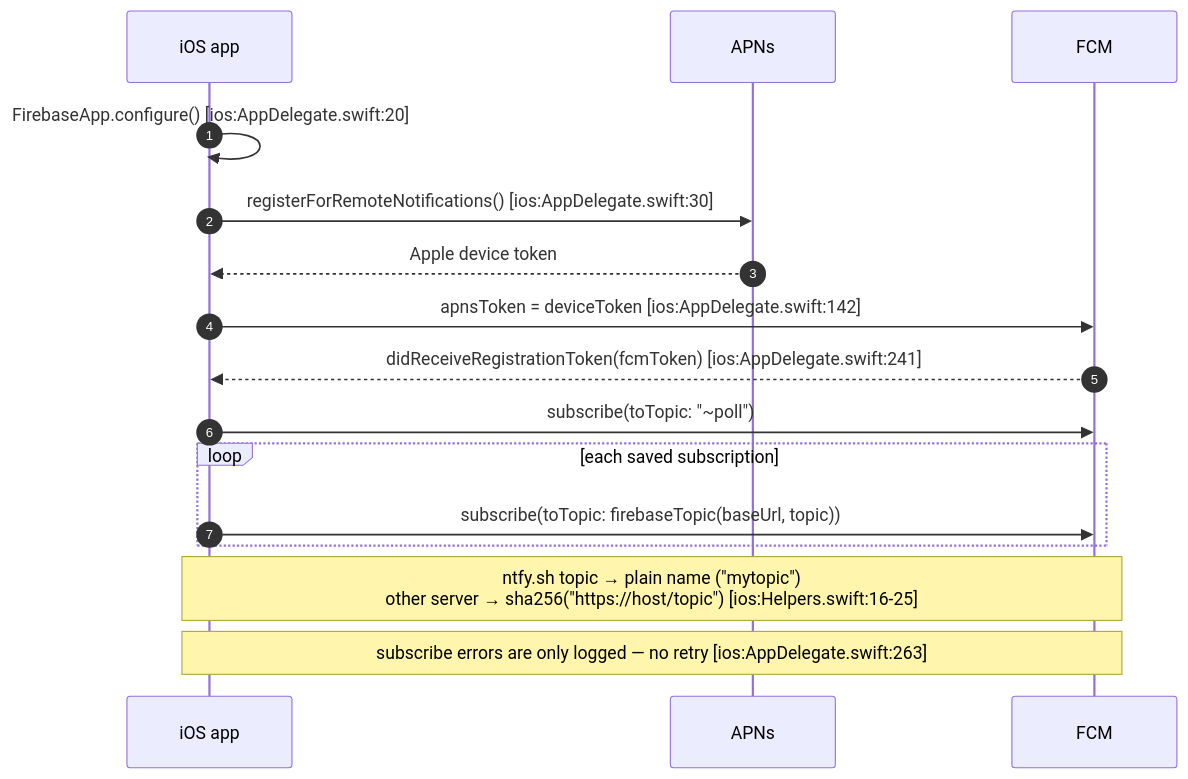
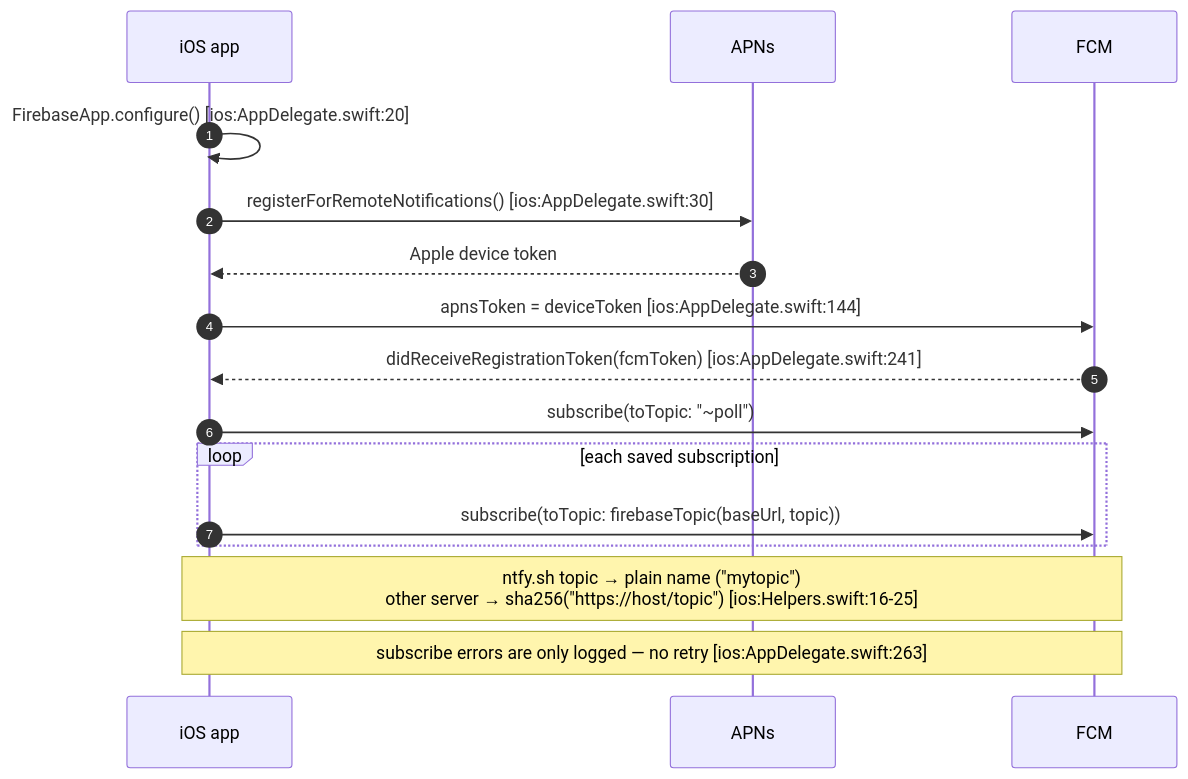
Before and after one commit to mbyrn1/ntfy-ios: the first of 4 diagrams in docs/dev/architecture.md, drawn with Mermaid. The commit also changed other lines of this file and 3 other files, not shown here.

````diff
--- a/docs/dev/architecture.md
+++ b/docs/dev/architecture.md
@@ -26,18 +26,18 @@
 ```mermaid
 sequenceDiagram
     autonumber
     participant App as iOS app
     participant APNs
     participant FCM
     App->>App: FirebaseApp.configure() [ios:AppDelegate.swift:20]
     App->>APNs: registerForRemoteNotifications() [ios:AppDelegate.swift:30]
     APNs-->>App: Apple device token
-    App->>FCM: apnsToken = deviceToken [ios:AppDelegate.swift:142]
+    App->>FCM: apnsToken = deviceToken [ios:AppDelegate.swift:144]
     FCM-->>App: didReceiveRegistrationToken(fcmToken) [ios:AppDelegate.swift:241]
     App->>FCM: subscribe(toTopic: "~poll")
     loop each saved subscription
         App->>FCM: subscribe(toTopic: firebaseTopic(baseUrl, topic))
     end
     Note over App,FCM: ntfy.sh topic → plain name ("mytopic")<br/>other server → sha256("https://host/topic") [ios:Helpers.swift:16-25]
     Note over App,FCM: subscribe errors are only logged — no retry [ios:AppDelegate.swift:263]
 ```
````
